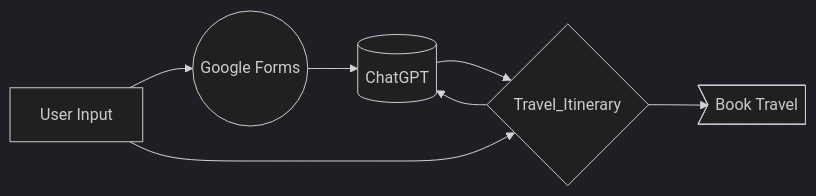
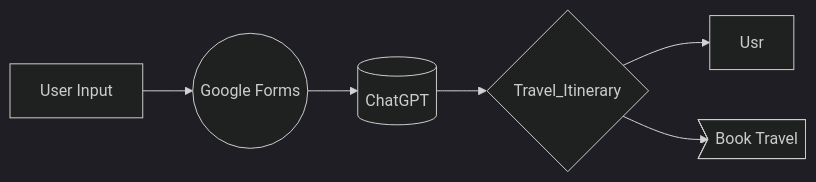
Before and after one commit to pjbrumm94/TravelApp: the diagram in README.md, drawn with Mermaid (dark theme).

````diff
--- a/README.md
+++ b/README.md
@@ -7,9 +7,8 @@
 ```mermaid
 flowchart LR;
   usr[User Input]-->In
   In((Google Forms))-->LLM[(ChatGPT)];
   LLM-->Iti{Travel_Itinerary};
-  usr-->Iti;
-  Iti-->LLM;
+  Iti-->Usr;
   Iti-->Trav>Book Travel]
 ```
````
